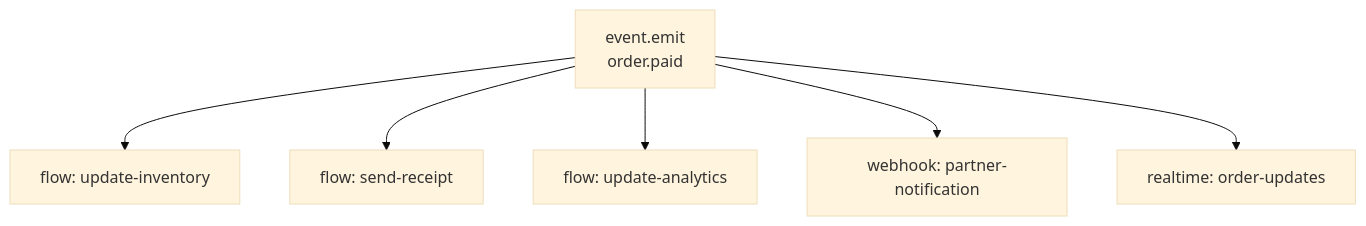
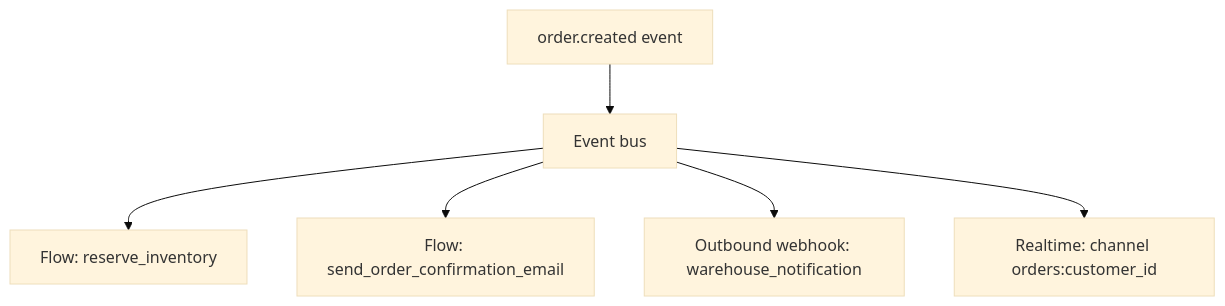
Before and after one commit to sillohq/pawabase: the first of 2 diagrams in apps/docs/events/overview.mdx, drawn with Mermaid (base theme). The commit also changed other lines of this file and 26 other files, not shown here.

````diff
--- a/apps/docs/events/overview.mdx
+++ b/apps/docs/events/overview.mdx
@@ -157,8 +121,8 @@
 ```mermaid
 flowchart TB
-    A["event.emit<br/>order.paid"] --> B["flow: update-inventory"]
-    A --> C["flow: send-receipt"]
-    A --> D["flow: update-analytics"]
-    A --> E["webhook: partner-notification"]
-    A --> F["realtime: order-updates"]
+  emit["order.created event"] --> bus["Event bus"]
+  bus --> flow1["Flow: reserve_inventory"]
+  bus --> flow2["Flow: send_order_confirmation_email"]
+  bus --> wh["Outbound webhook: warehouse_notification"]
+  bus --> rt["Realtime: channel orders:customer_id"]
 ```
````
